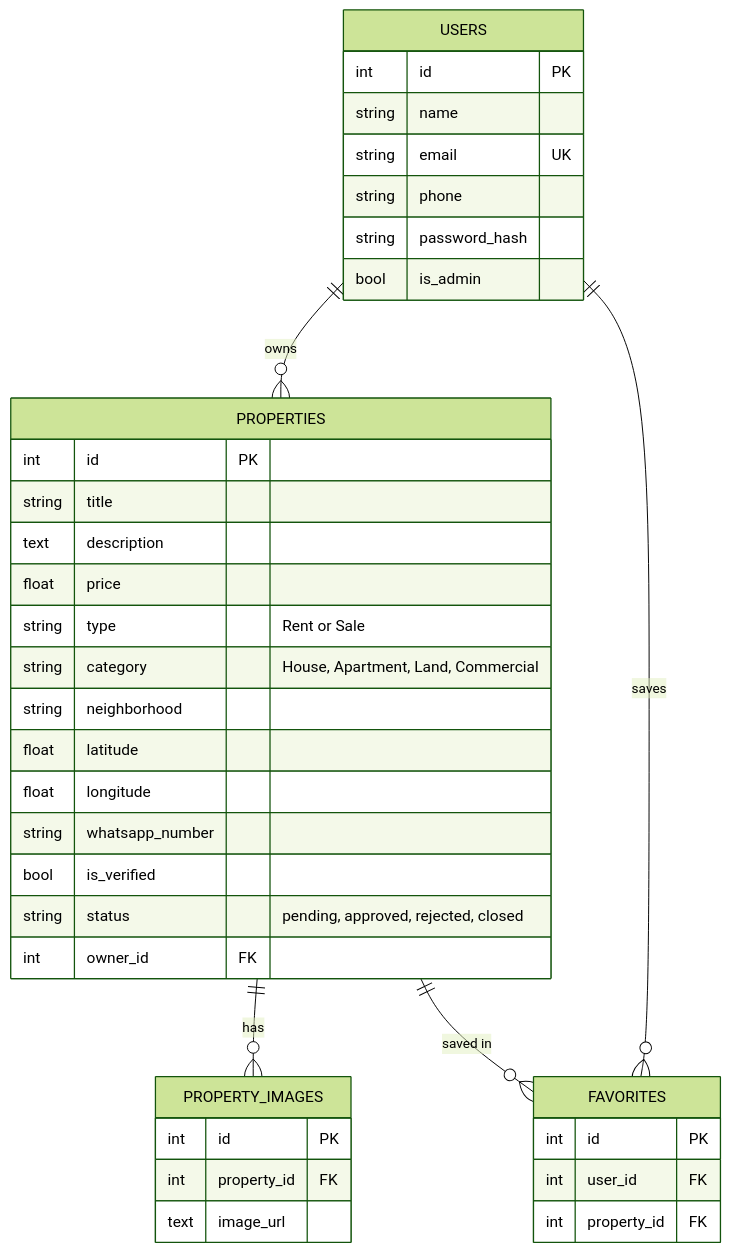
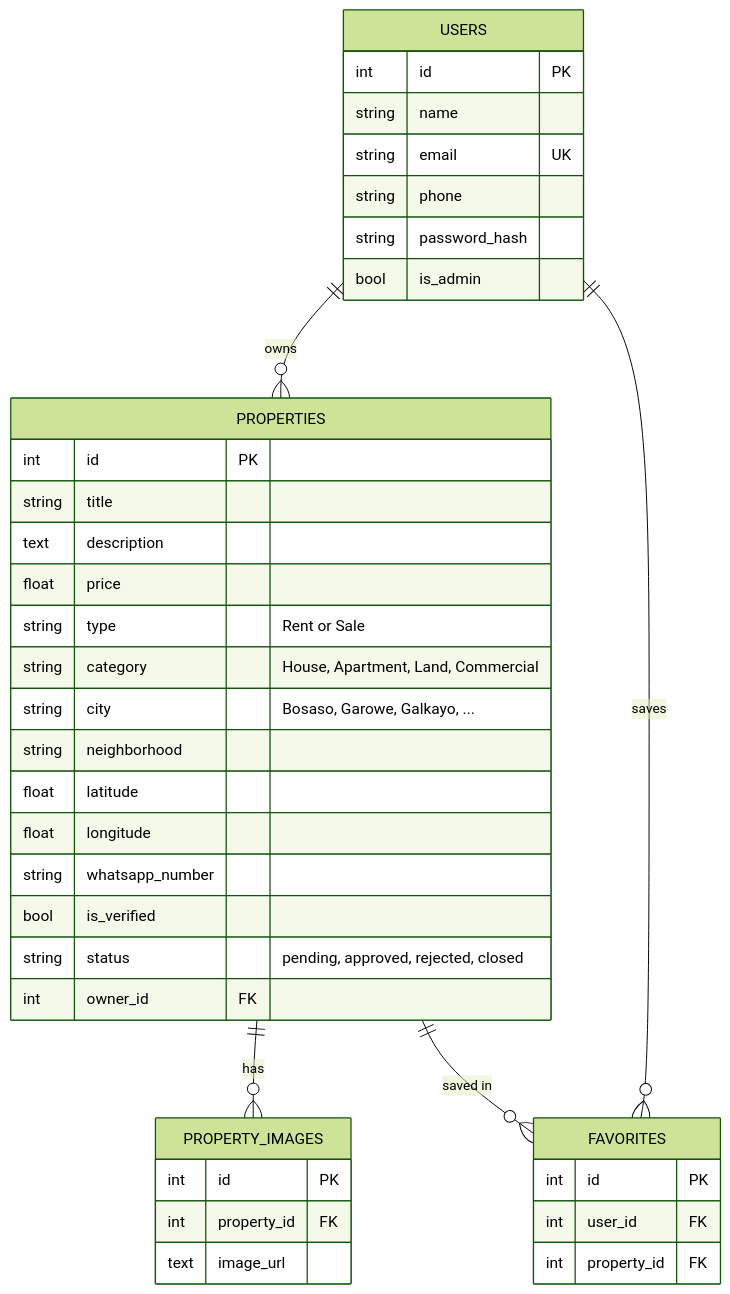
The third of 3 diagrams in README.md (amiinabdalla/Bosaso_real_state-), drawn with Mermaid (forest theme) before and after one commit. The commit also changed other lines of this file, not shown here.

First line of the commit message:
Rename project from Bosaso Homes to Puntland Homes

````diff
--- a/README.md
+++ b/README.md
@@ -134,41 +136,42 @@
 ```mermaid
 erDiagram
     USERS ||--o{ PROPERTIES : owns
     PROPERTIES ||--o{ PROPERTY_IMAGES : has
     USERS ||--o{ FAVORITES : saves
     PROPERTIES ||--o{ FAVORITES : "saved in"
 
     USERS {
         int id PK
         string name
         string email UK
         string phone
         string password_hash
         bool is_admin
     }
     PROPERTIES {
         int id PK
         string title
         text description
         float price
         string type "Rent or Sale"
         string category "House, Apartment, Land, Commercial"
+        string city "Bosaso, Garowe, Galkayo, ..."
         string neighborhood
         float latitude
         float longitude
         string whatsapp_number
         bool is_verified
         string status "pending, approved, rejected, closed"
         int owner_id FK
     }
     PROPERTY_IMAGES {
         int id PK
         int property_id FK
         text image_url
     }
     FAVORITES {
         int id PK
         int user_id FK
         int property_id FK
     }
 ```
````
